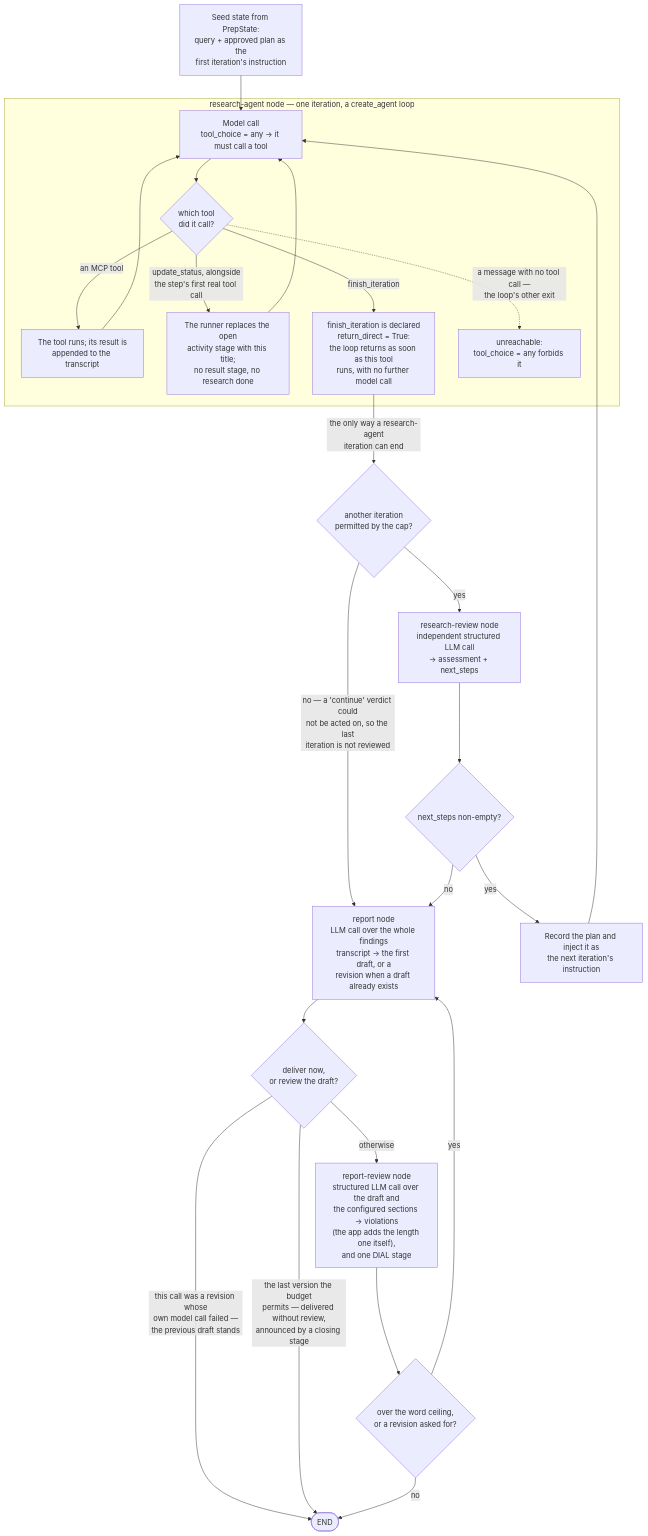
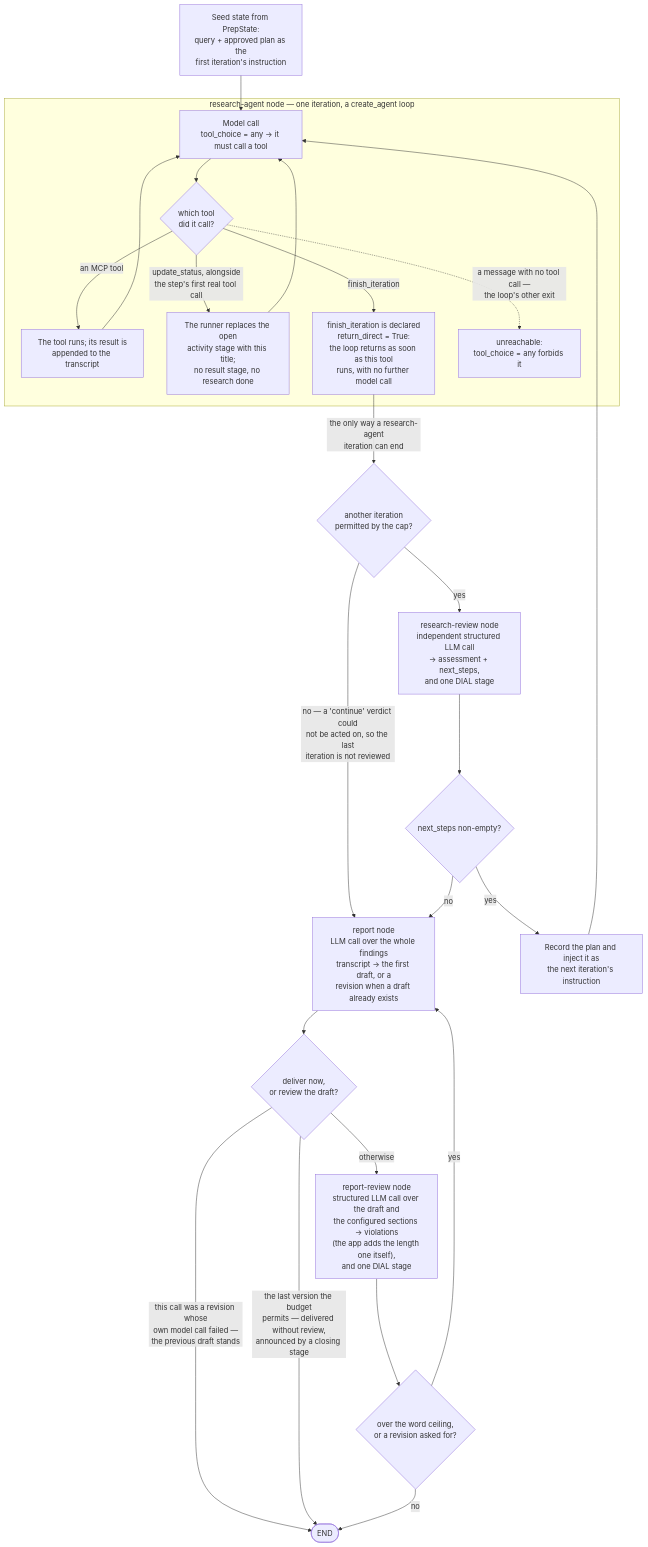
One commit to epam/ai-dial-deep-research-backend changed the second of 2 diagrams in docs/architecture.md. Above: the diagram before and after it, drawn with Mermaid. The commit also changed other lines of this file and 13 other files, not shown here.

Commit message:
show research review result stage

````diff
--- a/docs/architecture.md
+++ b/docs/architecture.md
@@ -123,30 +123,30 @@
 ```mermaid
 flowchart TD
     seed["Seed state from PrepState:<br/>query + approved plan as the<br/>first iteration's instruction"] --> model
 
     subgraph research_agent_sub["research-agent node — one iteration, a create_agent loop"]
         model["Model call<br/>tool_choice = any → it must call a tool"]
         model --> which{"which tool<br/>did it call?"}
         which -->|"an MCP tool"| mcp["The tool runs; its result is<br/>appended to the transcript"]
         mcp --> model
         which -->|"update_status, alongside<br/>the step's first real tool call"| status["The runner replaces the open<br/>activity stage with this title;<br/>no result stage, no research done"]
         status --> model
         which -->|"finish_iteration"| fin["finish_iteration is declared<br/>return_direct = True:<br/>the loop returns as soon as this tool<br/>runs, with no further model call"]
         which -.->|"a message with no tool call —<br/>the loop's other exit"| blocked["unreachable:<br/>tool_choice = any forbids it"]
     end
 
     fin -->|"the only way a research-agent<br/>iteration can end"| itgate{"another iteration<br/>permitted by the cap?"}
-    itgate -->|yes| research_review["research-review node<br/>independent structured LLM call<br/>→ assessment + next_steps"]
+    itgate -->|yes| research_review["research-review node<br/>independent structured LLM call<br/>→ assessment + next_steps,<br/>and one DIAL stage"]
     itgate -->|"no — a 'continue' verdict could<br/>not be acted on, so the last<br/>iteration is not reviewed"| report
     research_review --> route{"next_steps non-empty?"}
     route -->|yes| nextplan["Record the plan and inject it as<br/>the next iteration's instruction"]
     nextplan --> model
     route -->|no| report["report node<br/>LLM call over the whole findings<br/>transcript → the first draft, or a<br/>revision when a draft already exists"]
     report --> afterreport{"deliver now,<br/>or review the draft?"}
     afterreport -->|"this call was a revision whose<br/>own model call failed —<br/>the previous draft stands"| finaldone(["END"])
     afterreport -->|"the last version the budget<br/>permits — delivered without review,<br/>announced by a closing stage"| finaldone
     afterreport -->|"otherwise"| report_review["report-review node<br/>structured LLM call over the draft and<br/>the configured sections → violations<br/>(the app adds the length one itself),<br/>and one DIAL stage"]
     report_review --> reroute{"over the word ceiling,<br/>or a revision asked for?"}
     reroute -->|yes| report
     reroute -->|no| finaldone
 ```
````
